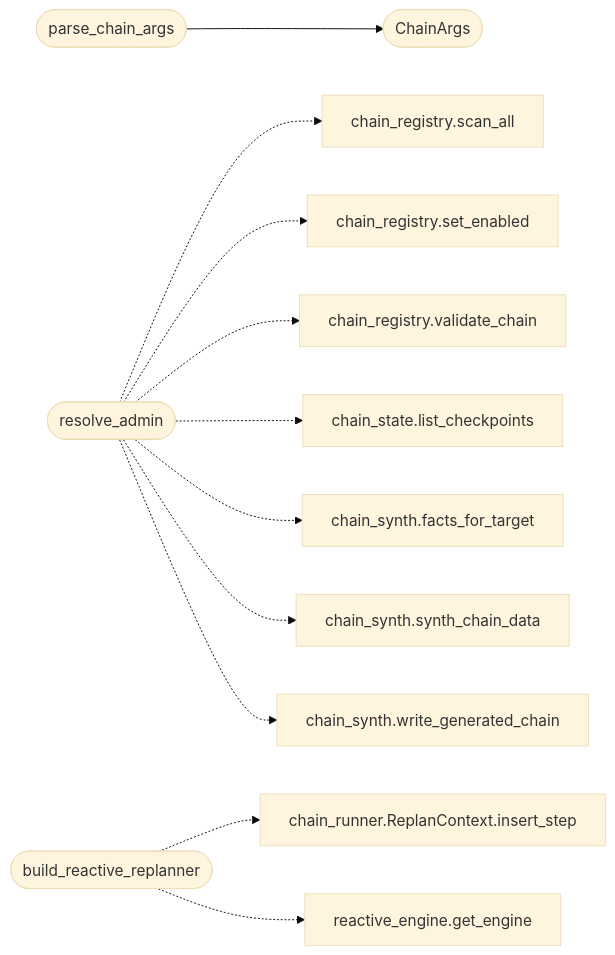
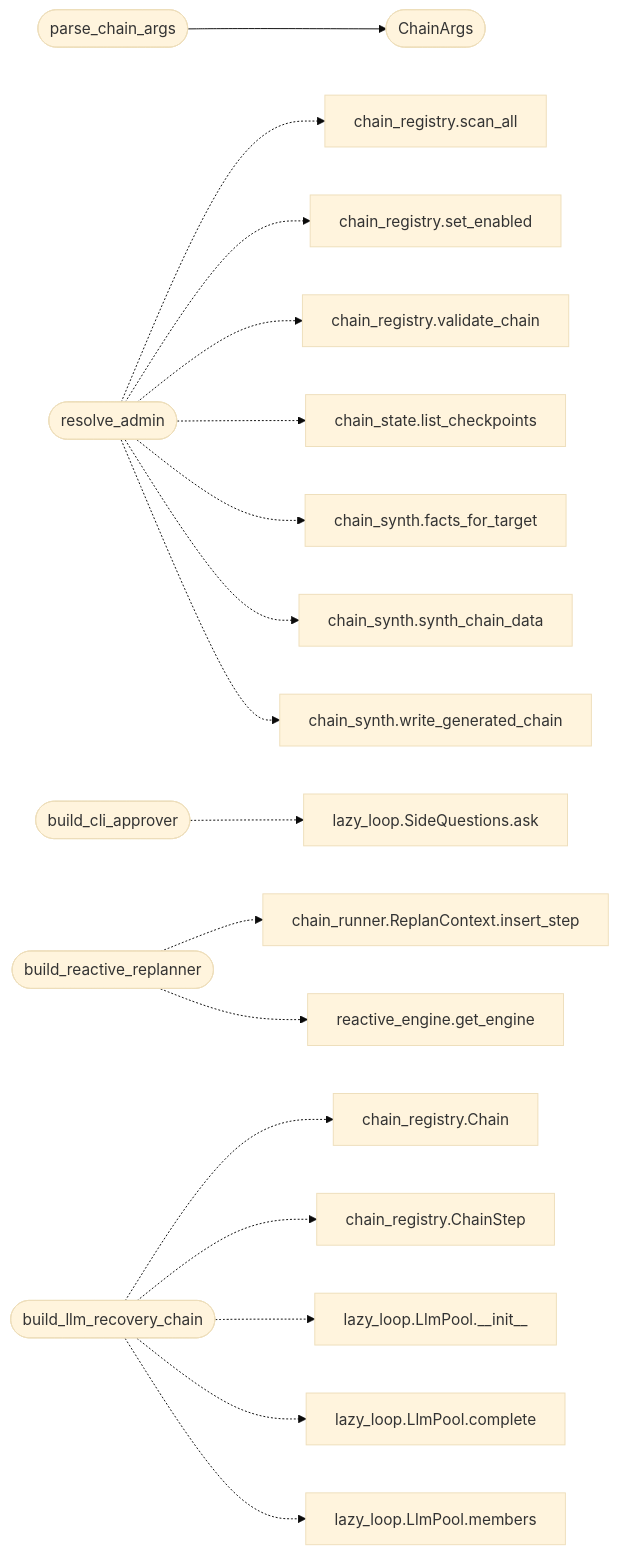
One commit to grisuno/LazyOwn changed the diagram in readmenator-apidocs/modules/cli.apt_chain_support.py.md. Above: the diagram before and after it, drawn with Mermaid (base theme). The commit also changed other lines of this file and 199 other files, not shown here.

````diff
--- a/readmenator-apidocs/modules/cli.apt_chain_support.py.md
+++ b/readmenator-apidocs/modules/cli.apt_chain_support.py.md
@@ -21,26 +21,40 @@
 ```mermaid
 flowchart LR
     n_cli_apt_chain_support_py__parse_chain_args(["parse_chain_args"])
     n_cli_apt_chain_support_py__ChainArgs(["ChainArgs"])
     n_cli_apt_chain_support_py__resolve_admin(["resolve_admin"])
     n_modules_chain_registry_py__scan_all["chain_registry.scan_all"]
     n_modules_chain_registry_py__set_enabled["chain_registry.set_enabled"]
     n_modules_chain_registry_py__validate_chain["chain_registry.validate_chain"]
     n_modules_chain_state_py__list_checkpoints["chain_state.list_checkpoints"]
     n_modules_chain_synth_py__facts_for_target["chain_synth.facts_for_target"]
     n_modules_chain_synth_py__synth_chain_data["chain_synth.synth_chain_data"]
     n_modules_chain_synth_py__write_generated_chain["chain_synth.write_generated_chain"]
+    n_cli_apt_chain_support_py__build_cli_approver(["build_cli_approver"])
+    n_modules_lazy_loop_py__SideQuestions_ask["lazy_loop.SideQuestions.ask"]
     n_cli_apt_chain_support_py__build_reactive_replanner(["build_reactive_replanner"])
     n_modules_chain_runner_py__ReplanContext_insert_step["chain_runner.ReplanContext.insert_step"]
     n_modules_reactive_engine_py__get_engine["reactive_engine.get_engine"]
+    n_cli_apt_chain_support_py__build_llm_recovery_chain(["build_llm_recovery_chain"])
+    n_modules_chain_registry_py__Chain["chain_registry.Chain"]
+    n_modules_chain_registry_py__ChainStep["chain_registry.ChainStep"]
+    n_modules_lazy_loop_py__LlmPool___init__["lazy_loop.LlmPool.__init__"]
+    n_modules_lazy_loop_py__LlmPool_complete["lazy_loop.LlmPool.complete"]
+    n_modules_lazy_loop_py__LlmPool_members["lazy_loop.LlmPool.members"]
     n_cli_apt_chain_support_py__parse_chain_args --> n_cli_apt_chain_support_py__ChainArgs
     n_cli_apt_chain_support_py__resolve_admin -.-> n_modules_chain_registry_py__scan_all
     n_cli_apt_chain_support_py__resolve_admin -.-> n_modules_chain_registry_py__set_enabled
     n_cli_apt_chain_support_py__resolve_admin -.-> n_modules_chain_registry_py__validate_chain
     n_cli_apt_chain_support_py__resolve_admin -.-> n_modules_chain_state_py__list_checkpoints
     n_cli_apt_chain_support_py__resolve_admin -.-> n_modules_chain_synth_py__facts_for_target
     n_cli_apt_chain_support_py__resolve_admin -.-> n_modules_chain_synth_py__synth_chain_data
     n_cli_apt_chain_support_py__resolve_admin -.-> n_modules_chain_synth_py__write_generated_chain
+    n_cli_apt_chain_support_py__build_cli_approver -.-> n_modules_lazy_loop_py__SideQuestions_ask
     n_cli_apt_chain_support_py__build_reactive_replanner -.-> n_modules_chain_runner_py__ReplanContext_insert_step
     n_cli_apt_chain_support_py__build_reactive_replanner -.-> n_modules_reactive_engine_py__get_engine
+    n_cli_apt_chain_support_py__build_llm_recovery_chain -.-> n_modules_chain_registry_py__Chain
+    n_cli_apt_chain_support_py__build_llm_recovery_chain -.-> n_modules_chain_registry_py__ChainStep
+    n_cli_apt_chain_support_py__build_llm_recovery_chain -.-> n_modules_lazy_loop_py__LlmPool___init__
+    n_cli_apt_chain_support_py__build_llm_recovery_chain -.-> n_modules_lazy_loop_py__LlmPool_complete
+    n_cli_apt_chain_support_py__build_llm_recovery_chain -.-> n_modules_lazy_loop_py__LlmPool_members
 ```
````
